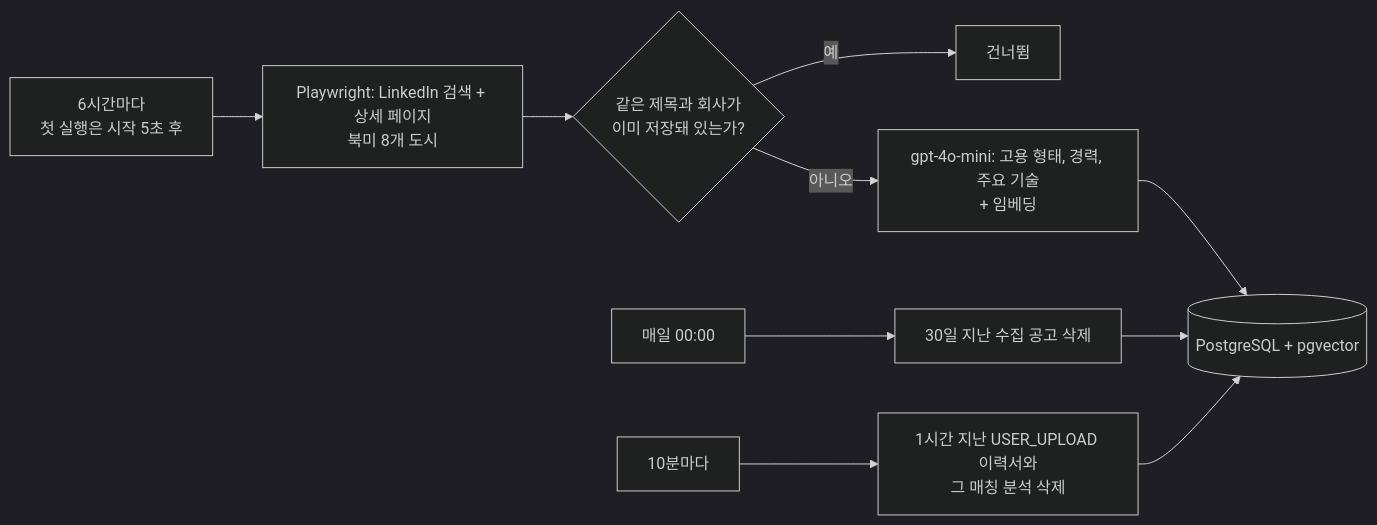
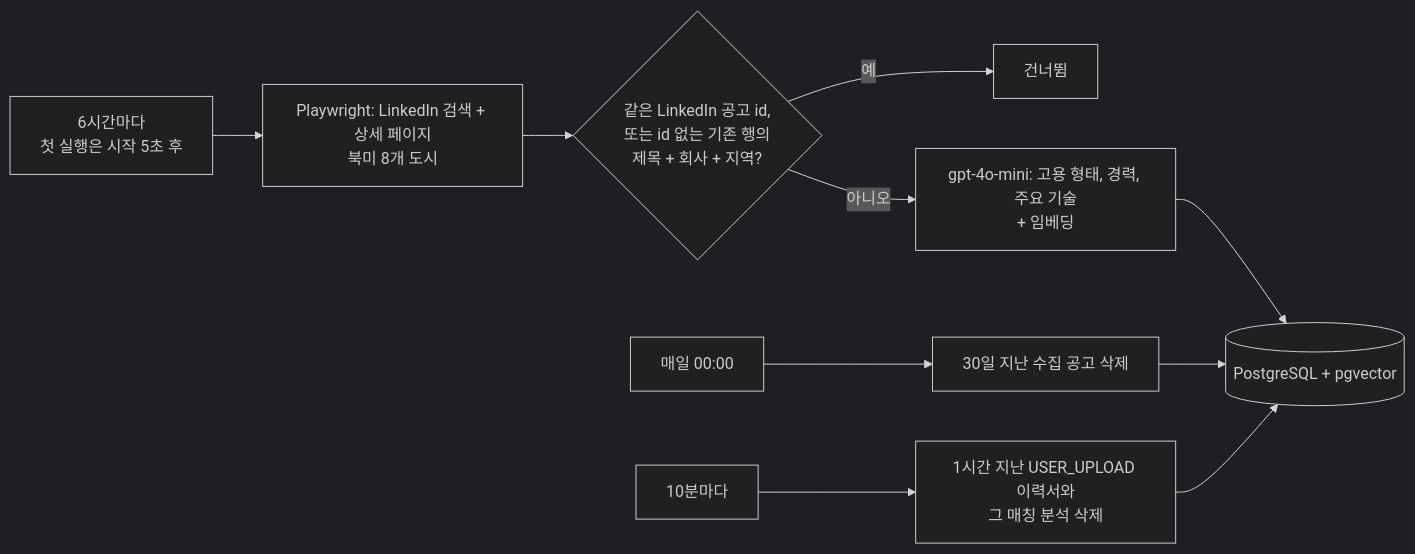
The second of 2 diagrams in README.ko.md (junyoungKi/Portfolio-Job-matching-Web), drawn with Mermaid (dark theme) before and after one commit. The commit also changed other lines of this file and 7 other files, not shown here.

````diff
--- a/README.ko.md
+++ b/README.ko.md
@@ -59,12 +59,12 @@
 ```mermaid
 flowchart LR
     S1[6시간마다<br/>첫 실행은 시작 5초 후] --> C[Playwright: LinkedIn 검색 + 상세 페이지<br/>북미 8개 도시]
-    C --> D{같은 제목과 회사가<br/>이미 저장돼 있는가?}
+    C --> D{같은 LinkedIn 공고 id,<br/>또는 id 없는 기존 행의<br/>제목 + 회사 + 지역?}
     D -->|예| X[건너뜀]
     D -->|아니오| T[gpt-4o-mini: 고용 형태, 경력, 주요 기술<br/>+ 임베딩]
     T --> DB[(PostgreSQL + pgvector)]
     S2[매일 00:00] --> CL[30일 지난 수집 공고 삭제]
     S3[10분마다] --> RL[1시간 지난 USER_UPLOAD 이력서와<br/>그 매칭 분석 삭제]
     CL --> DB
     RL --> DB
 ```
````
